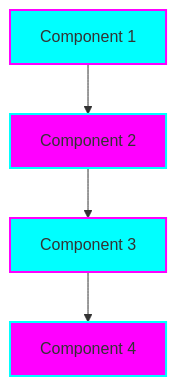
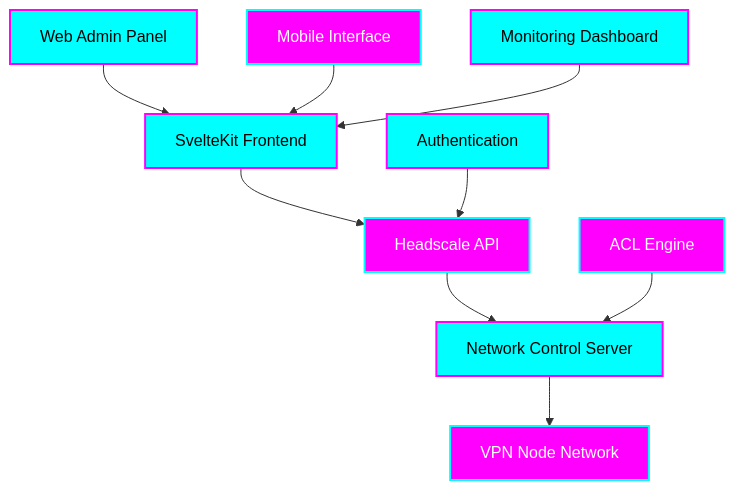
One commit to tiation/headscale-admin changed the diagram in README.md. Above: the diagram before and after it, drawn with Mermaid. The commit also changed other lines of this file and 6 other files, not shown here.

First line of the commit message:
feat: transform to enterprise-grade Tiation Headscale Admin

````diff
--- a/README.md
+++ b/README.md
@@ -38,11 +43,21 @@
 ```mermaid
 graph TB
-    A[Component 1] --> B[Component 2]
-    B --> C[Component 3]
-    C --> D[Component 4]
+    A[SvelteKit Frontend] --> B[Headscale API]
+    B --> C[Network Control Server]
+    C --> D[VPN Node Network]
+    E[Web Admin Panel] --> A
+    F[Mobile Interface] --> A
+    G[Authentication] --> B
+    H[ACL Engine] --> C
+    I[Monitoring Dashboard] --> A
     
-    style A fill:#00ffff,stroke:#ff00ff,stroke-width:2px
-    style B fill:#ff00ff,stroke:#00ffff,stroke-width:2px
-    style C fill:#00ffff,stroke:#ff00ff,stroke-width:2px
-    style D fill:#ff00ff,stroke:#00ffff,stroke-width:2px
+    style A fill:#00ffff,stroke:#ff00ff,stroke-width:2px,color:#000
+    style B fill:#ff00ff,stroke:#00ffff,stroke-width:2px,color:#fff
+    style C fill:#00ffff,stroke:#ff00ff,stroke-width:2px,color:#000
+    style D fill:#ff00ff,stroke:#00ffff,stroke-width:2px,color:#fff
+    style E fill:#00ffff,stroke:#ff00ff,stroke-width:2px,color:#000
+    style F fill:#ff00ff,stroke:#00ffff,stroke-width:2px,color:#fff
+    style G fill:#00ffff,stroke:#ff00ff,stroke-width:2px,color:#000
+    style H fill:#ff00ff,stroke:#00ffff,stroke-width:2px,color:#fff
+    style I fill:#00ffff,stroke:#ff00ff,stroke-width:2px,color:#000
 ```
````
